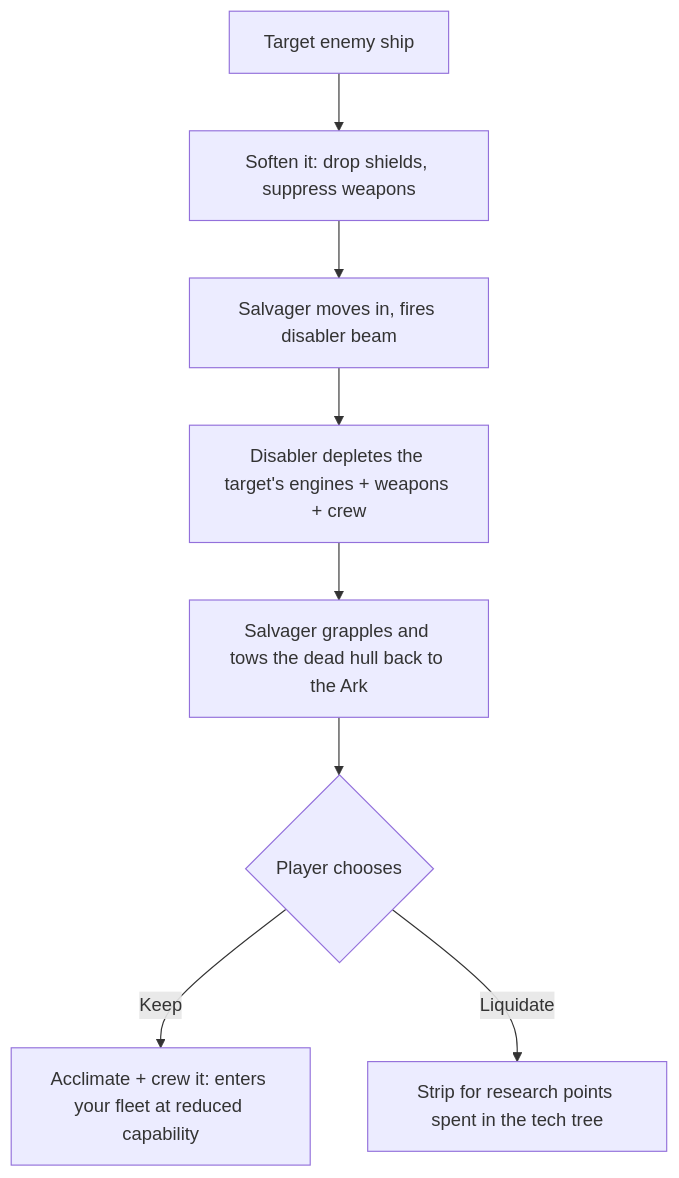
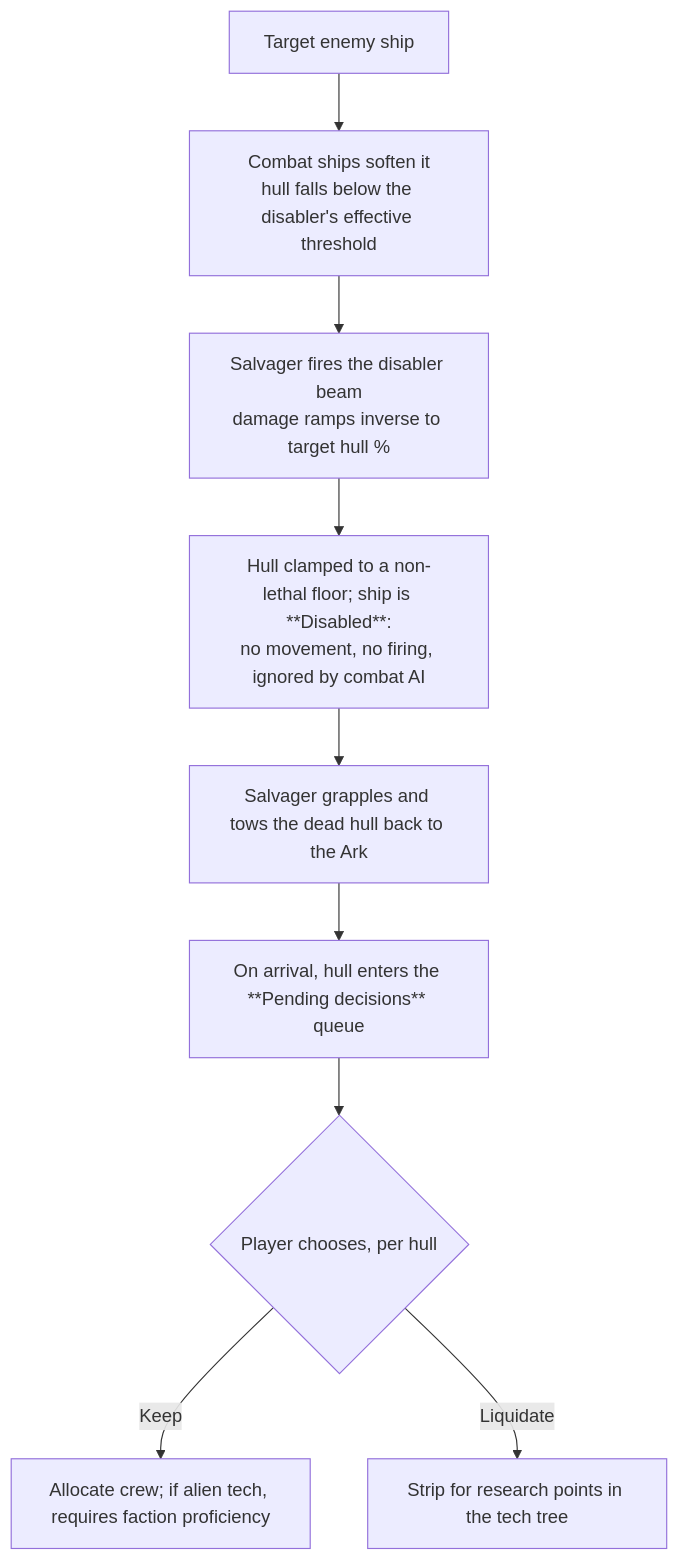
The second of 4 diagrams in design.md (RubenTipparach/sea-of-lost-souls), drawn with Mermaid before and after one commit. The commit also changed other lines of this file and 2 other files, not shown here.

````diff
--- a/design.md
+++ b/design.md
@@ -271,10 +271,11 @@
 ```mermaid
 flowchart TD
-    A[Target enemy ship] --> B[Soften it: drop shields, suppress weapons]
-    B --> C[Salvager moves in, fires disabler beam]
-    C --> D[Disabler depletes the target's engines + weapons + crew]
+    A[Target enemy ship] --> B[Combat ships soften it<br/>hull falls below the disabler's effective threshold]
+    B --> C[Salvager fires the disabler beam<br/>damage ramps inverse to target hull %]
+    C --> D[Hull clamped to a non-lethal floor; ship is **Disabled**:<br/>no movement, no firing, ignored by combat AI]
     D --> E[Salvager grapples and tows the dead hull back to the Ark]
-    E --> F{Player chooses}
-    F -->|Keep| G[Acclimate + crew it: enters your fleet at reduced capability]
-    F -->|Liquidate| H[Strip for research points spent in the tech tree]
+    E --> F[On arrival, hull enters the **Pending decisions** queue]
+    F --> G{Player chooses, per hull}
+    G -->|Keep| H[Allocate crew; if alien tech, requires faction proficiency]
+    G -->|Liquidate| I[Strip for research points in the tech tree]
 ```
````
